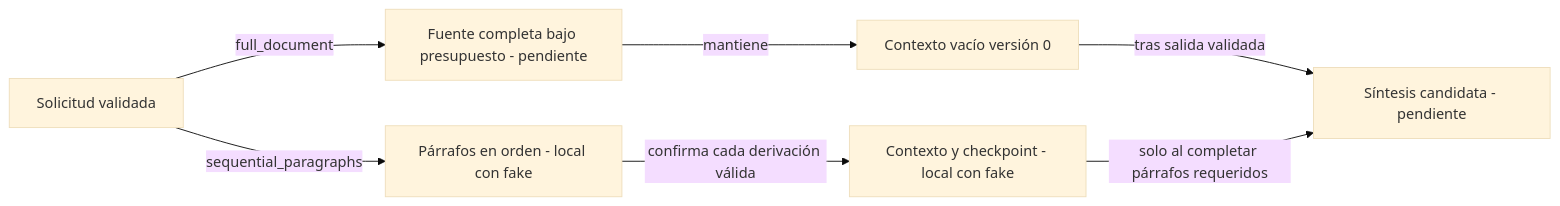
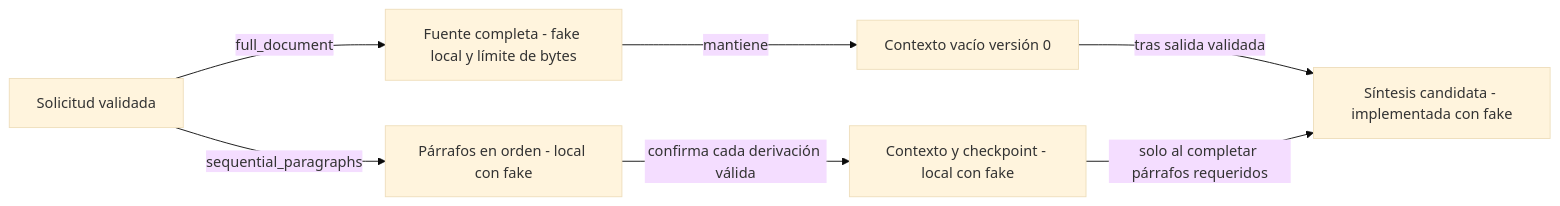
One commit to afpogo/sst-chatbot changed the first of 3 diagrams in docs/architecture/article-processing-pipeline.md. Above: the diagram before and after it, drawn with Mermaid (base theme). The commit also changed other lines of this file and 7 other files, not shown here.

````diff
--- a/docs/architecture/article-processing-pipeline.md
+++ b/docs/architecture/article-processing-pipeline.md
@@ -137,9 +160,9 @@
 ```mermaid
 flowchart LR
-    I["Solicitud validada"] -->|"full_document"| F["Fuente completa bajo presupuesto - pendiente"]
+    I["Solicitud validada"] -->|"full_document"| F["Fuente completa - fake local y límite de bytes"]
     I -->|"sequential_paragraphs"| S["Párrafos en orden - local con fake"]
     F -->|"mantiene"| E["Contexto vacío versión 0"]
     S -->|"confirma cada derivación válida"| C["Contexto y checkpoint - local con fake"]
-    E -->|"tras salida validada"| R["Síntesis candidata - pendiente"]
+    E -->|"tras salida validada"| R["Síntesis candidata - implementada con fake"]
     C -->|"solo al completar párrafos requeridos"| R
 ```
````
